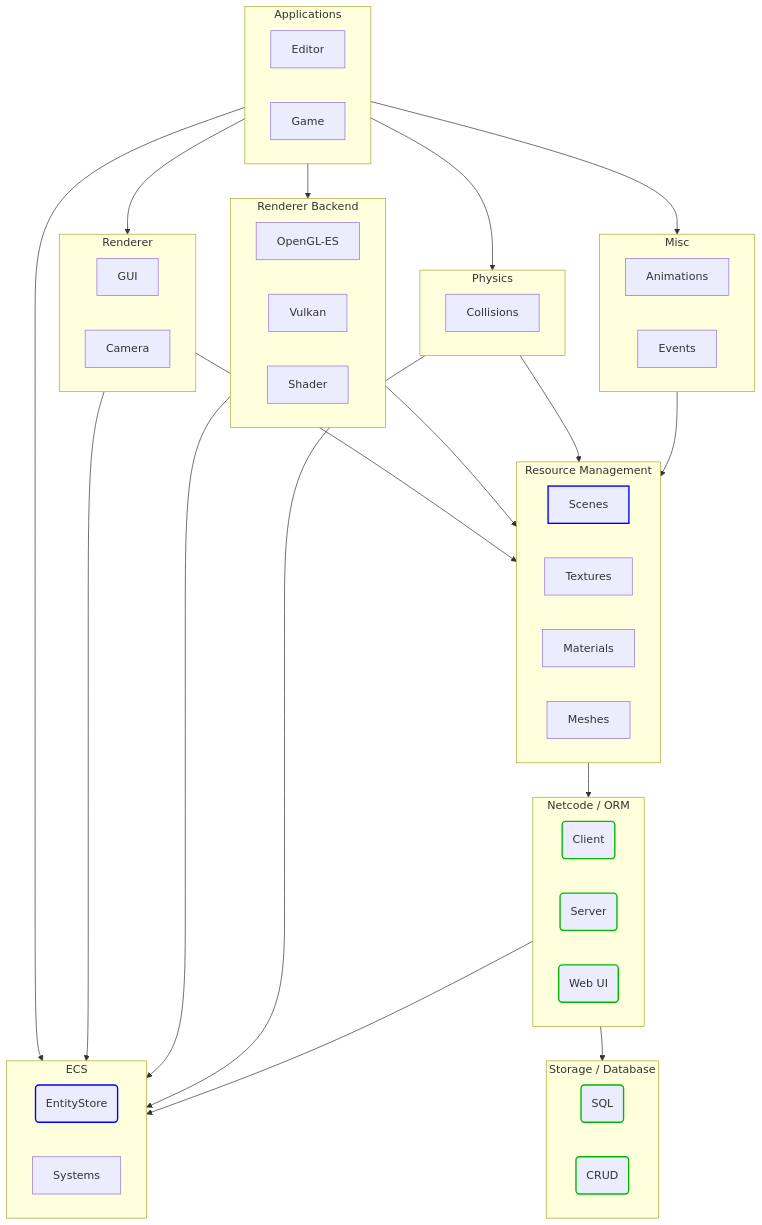
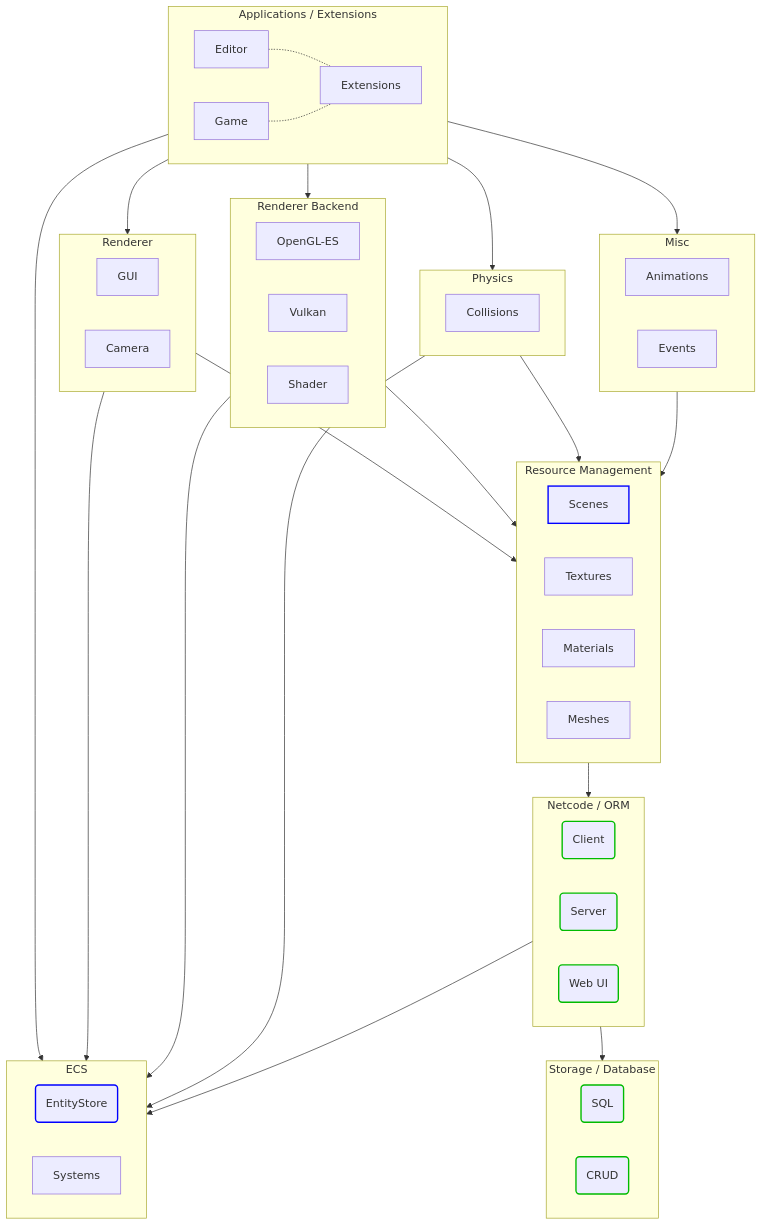
The first of 3 diagrams in Engine/README.md (friflo/Friflo.Json.Fliox), drawn with Mermaid before and after one commit.

Commit message:
Engine - update architecture diagram

````diff
--- a/Engine/README.md
+++ b/Engine/README.md
@@ -26,74 +26,78 @@
 ```mermaid
   graph TD;
     classDef finished       stroke:#0b0,stroke-width:2px;
     classDef implemented    stroke:#00f,stroke-width:2px;
 
-    subgraph Applications;
+    subgraph Applications[Applications / Extensions];
         Editor;
         Game;
+        Extensions;
     end
+
+    Editor  -.-Extensions;
+    Game    -.-Extensions;
 
     subgraph Renderer;
         GUI
         Camera
     end
 
     subgraph Backend[Renderer Backend];
         OpenGL-ES
         Vulkan
         Shader
     end
 
     subgraph Physics;
         Collisions
     end
     
     subgraph Misc;
         Animations
         Events
     end
 
     subgraph Resource[Resource Management];
         Scenes:::implemented
         Textures
         Materials
         Meshes
         Animations
     end
 
     subgraph Netcode[Netcode / ORM];
         Client(Client):::finished
         Server(Server):::finished
         WebUI(Web UI):::finished
     end
 
     subgraph Storage[Storage / Database];
         SQL(SQL):::finished
         CRUD(CRUD):::finished
     end
 
     subgraph ECS;
         EntityStore(EntityStore):::implemented
         Systems
     end
 
     Applications    -->Renderer
     Applications    -->Backend
     Applications    -->Physics
     Applications    -->Misc
     Applications    -->ECS
 
     Resource    -->Netcode
 
     Renderer    -->Resource
     Backend     -->Resource
     Physics     -->Resource
     Misc        -->Resource
 
     Renderer    -->ECS
     Backend     -->ECS
     Physics     -->ECS
     Netcode     -->ECS
 
     Netcode     -->Storage
 ```
````
